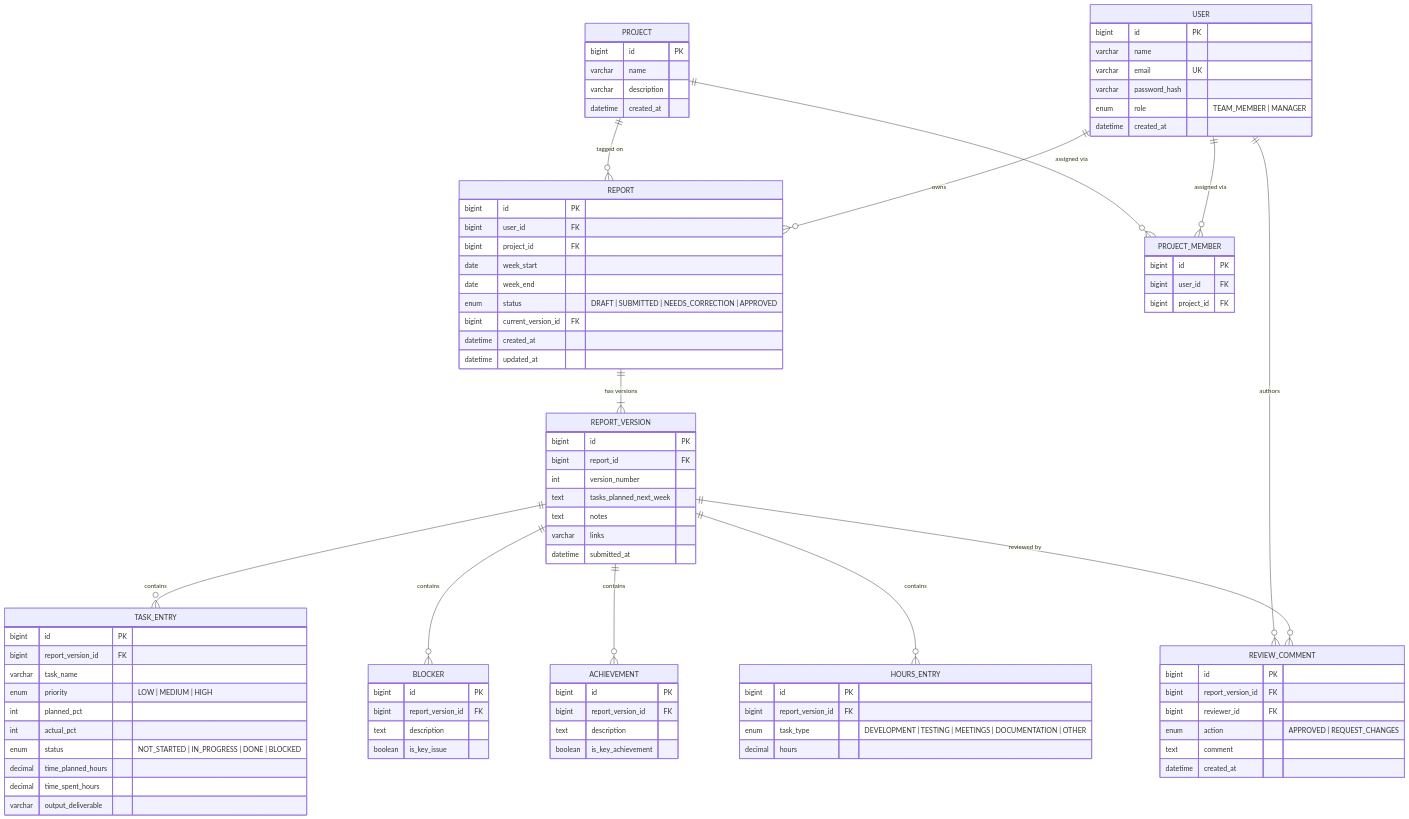
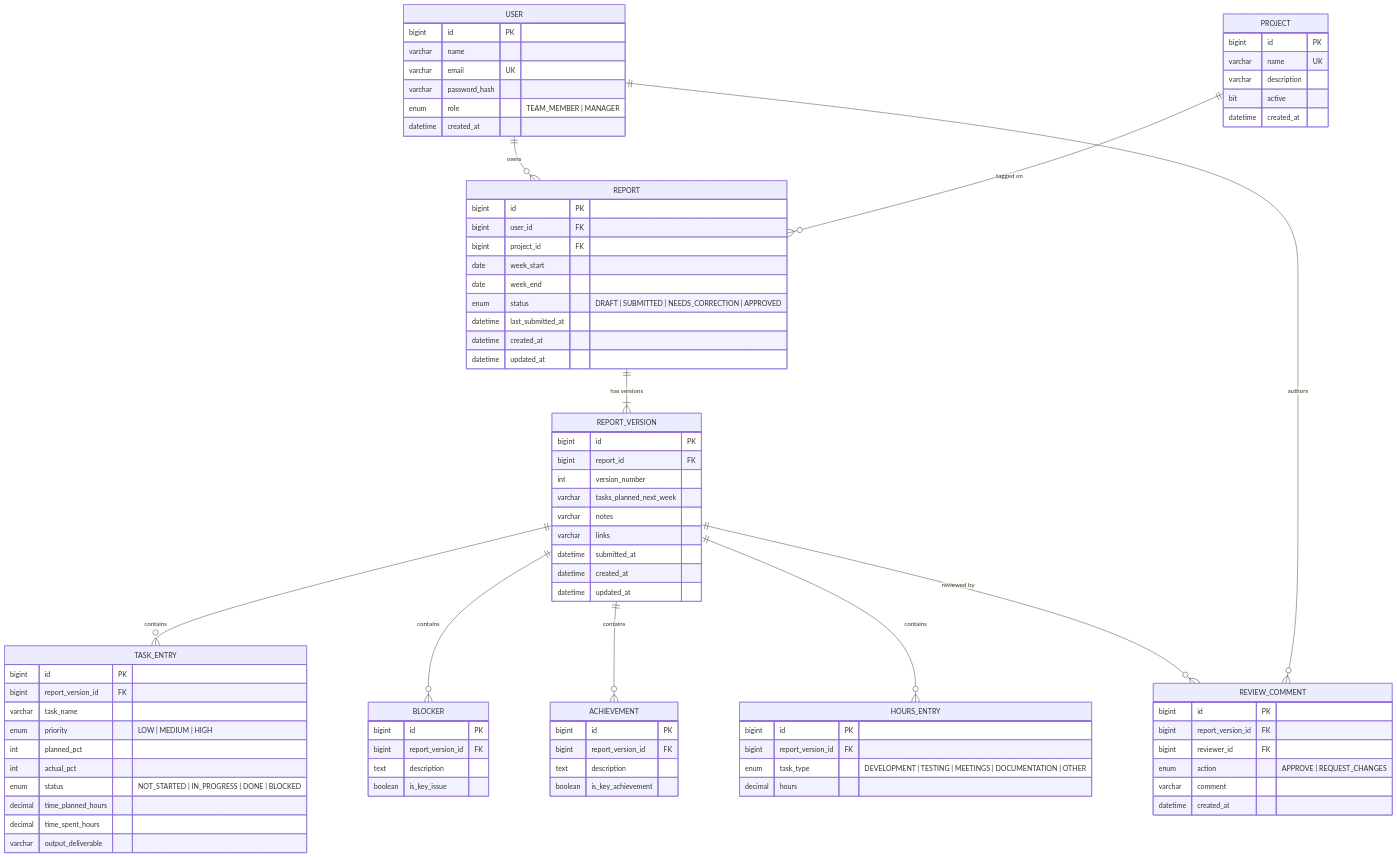
The diagram in docs/DATA_MODEL.md (Kapilan1998/weekly-report-generator-dashboard), drawn with Mermaid before and after one commit. The commit also changed other lines of this file and 5 other files, not shown here.

````diff
--- a/docs/DATA_MODEL.md
+++ b/docs/DATA_MODEL.md
@@ -10,8 +21,6 @@
 ```mermaid
 erDiagram
     USER ||--o{ REPORT : owns
-    USER ||--o{ PROJECT_MEMBER : "assigned via"
-    PROJECT ||--o{ PROJECT_MEMBER : "assigned via"
     PROJECT ||--o{ REPORT : "tagged on"
     REPORT ||--|{ REPORT_VERSION : "has versions"
     REPORT_VERSION ||--o{ TASK_ENTRY : contains
@@ -31,14 +40,10 @@
     }
     PROJECT {
         bigint id PK
-        varchar name
+        varchar name UK
         varchar description
+        bit active
         datetime created_at
-    }
-    PROJECT_MEMBER {
-        bigint id PK
-        bigint user_id FK
-        bigint project_id FK
     }
     REPORT {
         bigint id PK
@@ -47,7 +52,7 @@
         date week_start
         date week_end
         enum status "DRAFT | SUBMITTED | NEEDS_CORRECTION | APPROVED"
-        bigint current_version_id FK
+        datetime last_submitted_at
         datetime created_at
         datetime updated_at
     }
@@ -55,10 +60,12 @@
         bigint id PK
         bigint report_id FK
         int version_number
-        text tasks_planned_next_week
-        text notes
+        varchar tasks_planned_next_week
+        varchar notes
         varchar links
         datetime submitted_at
+        datetime created_at
+        datetime updated_at
     }
     TASK_ENTRY {
         bigint id PK
@@ -94,8 +101,8 @@
         bigint id PK
         bigint report_version_id FK
         bigint reviewer_id FK
-        enum action "APPROVED | REQUEST_CHANGES"
-        text comment
+        enum action "APPROVE | REQUEST_CHANGES"
+        varchar comment
         datetime created_at
     }
 ```
````
